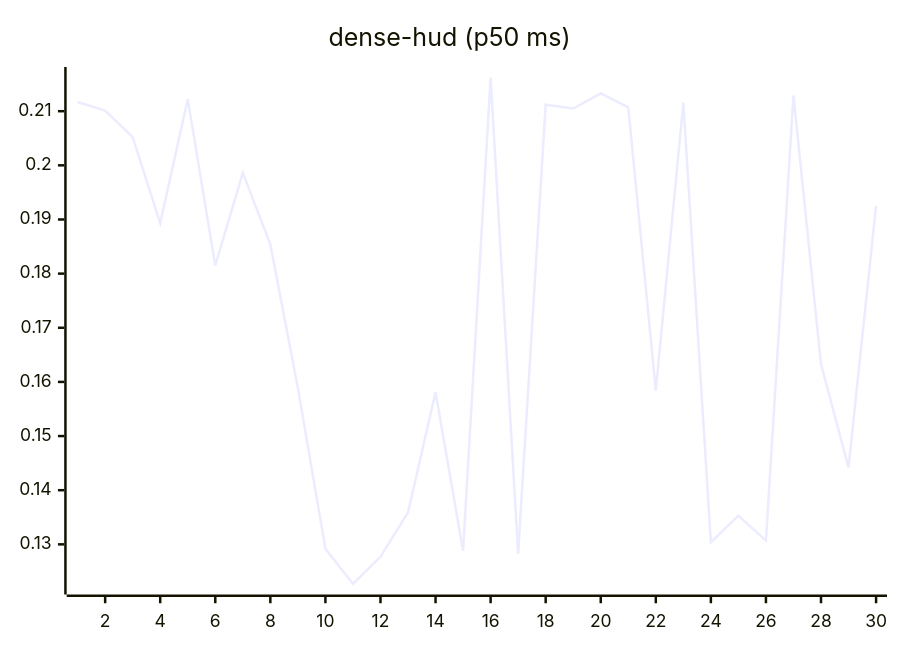
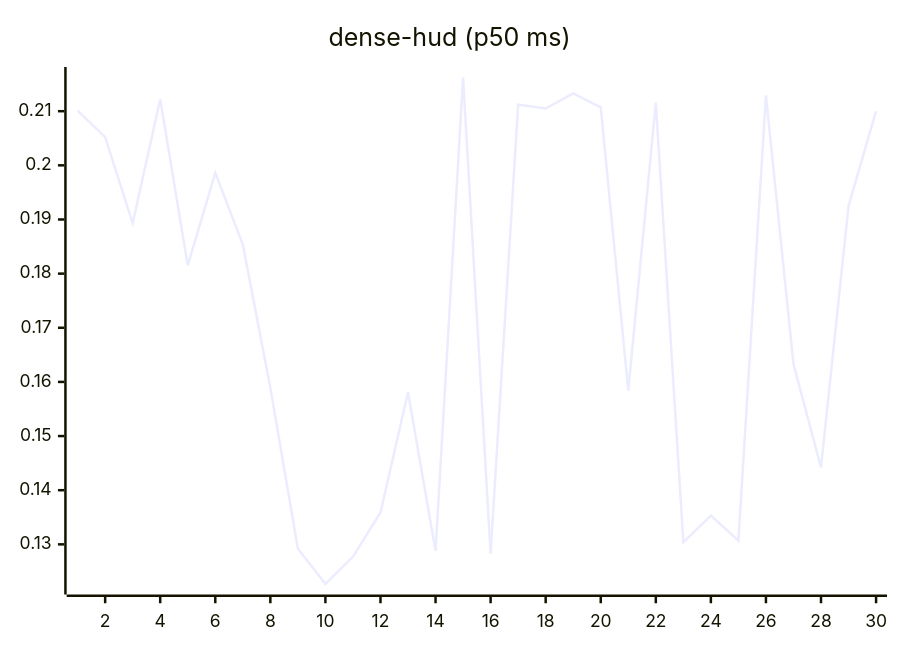
The eighth of 27 diagrams in README.md (josha/Facet), drawn with Mermaid before and after one commit. The commit also changed other lines of this file and 2 other files, not shown here.

````diff
--- a/README.md
+++ b/README.md
@@ -112,6 +112,6 @@
 ```mermaid
 xychart-beta
     title "dense-hud (p50 ms)"
     x-axis 1 --> 30
-    line [0.2117, 0.2101, 0.2052, 0.1893, 0.2122, 0.1815, 0.1986, 0.1854, 0.1589, 0.1292, 0.1227, 0.1277, 0.1359, 0.1581, 0.1288, 0.2162, 0.1283, 0.2112, 0.2105, 0.2133, 0.2107, 0.1584, 0.2116, 0.1304, 0.1353, 0.1307, 0.2129, 0.1633, 0.1442, 0.1925]
+    line [0.2101, 0.2052, 0.1893, 0.2122, 0.1815, 0.1986, 0.1854, 0.1589, 0.1292, 0.1227, 0.1277, 0.1359, 0.1581, 0.1288, 0.2162, 0.1283, 0.2112, 0.2105, 0.2133, 0.2107, 0.1584, 0.2116, 0.1304, 0.1353, 0.1307, 0.2129, 0.1633, 0.1442, 0.1925, 0.2100]
 ```
````
